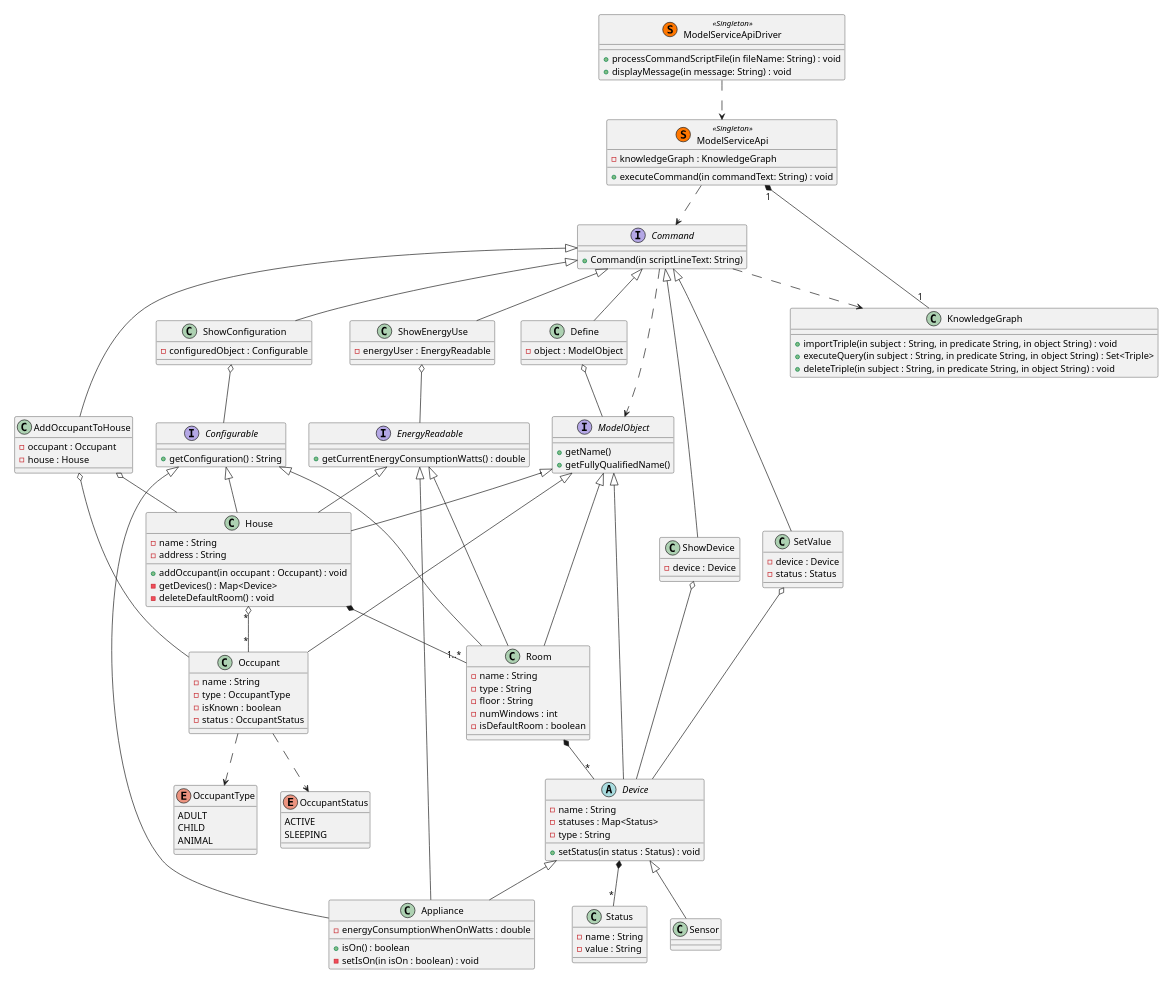
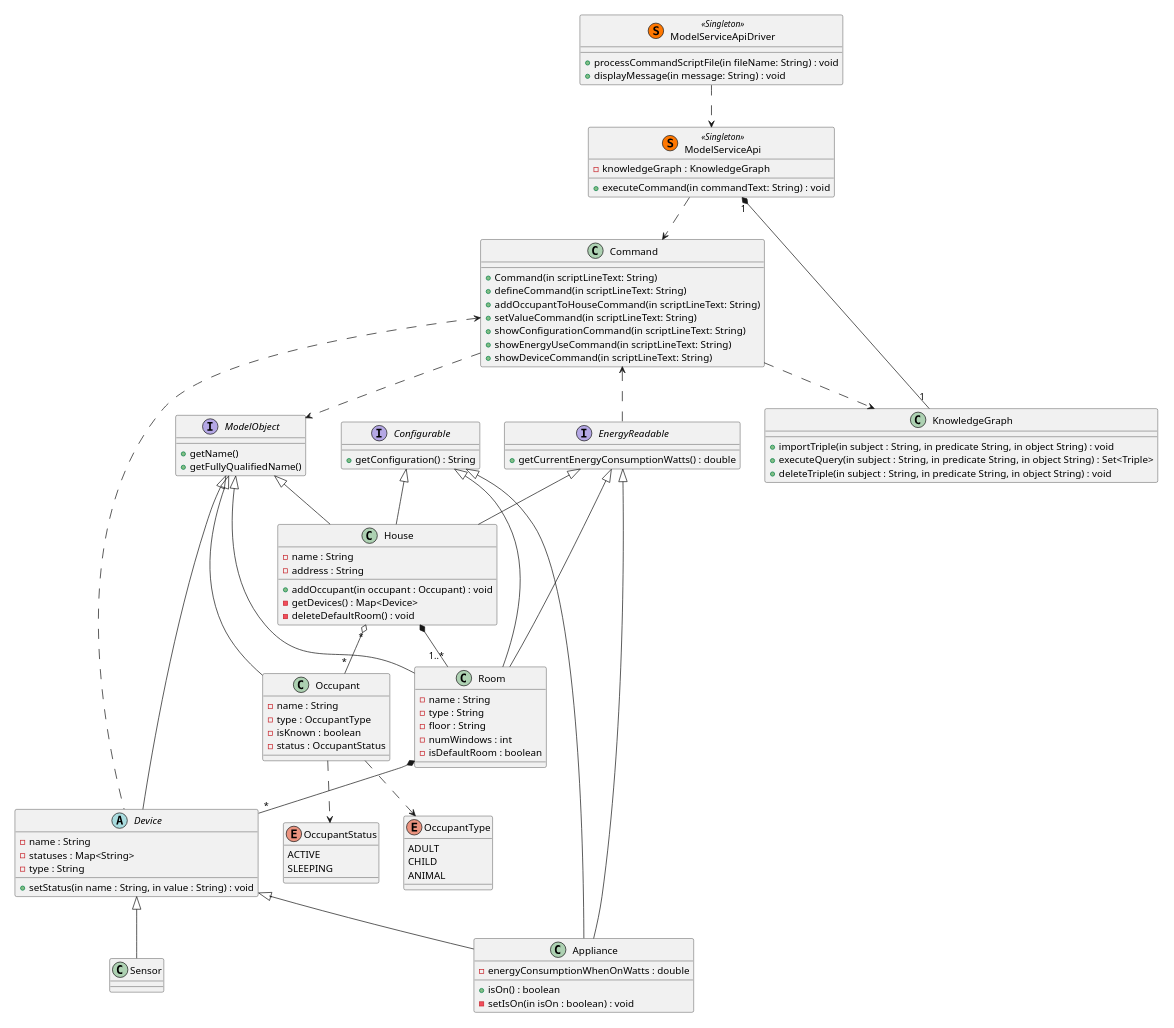
Before and after one commit to erikorlowski/cscie97: the third of 3 diagrams in cscie97/asn2/Design.md, drawn with PlantUML. The commit also changed other lines of this file and 15 other files, not shown here.

```diff
--- a/cscie97/asn2/Design.md
+++ b/cscie97/asn2/Design.md
@@ -280,34 +277,14 @@
     + executeCommand(in commandText: String) : void
 }
 
-interface Command {
+class Command {
     + Command(in scriptLineText: String)
-}
-
-class Define {
-    - object : ModelObject
-}
-
-class AddOccupantToHouse {
-    - occupant : Occupant
-    - house : House
-}
-
-class SetValue {
-    - device : Device
-    - status : Status
-}
-
-class ShowConfiguration {
-    - configuredObject : Configurable
-}
-
-class ShowEnergyUse {
-    - energyUser : EnergyReadable
-}
-
-class ShowDevice {
-    - device : Device
+    + defineCommand(in scriptLineText: String)
+    + addOccupantToHouseCommand(in scriptLineText: String)
+    + setValueCommand(in scriptLineText: String)
+    + showConfigurationCommand(in scriptLineText: String)
+    + showEnergyUseCommand(in scriptLineText: String)
+    + showDeviceCommand(in scriptLineText: String)
 }
 
 interface ModelObject {
@@ -340,9 +317,9 @@
 
 abstract Device {
     - name : String
-    - statuses : Map<Status>
+    - statuses : Map<String>
     - type : String
-    + setStatus(in status : Status) : void
+    + setStatus(in name : String, in value : String) : void
 }
 
 class Sensor {
@@ -366,11 +343,6 @@
     SLEEPING
 }
 
-class Status {
-    - name : String
-    - value : String
-}
-
 interface EnergyReadable {
     + getCurrentEnergyConsumptionWatts() : double
 }
@@ -391,20 +363,9 @@
 Command ..> KnowledgeGraph
 Occupant ..> OccupantType
 Occupant ..> OccupantStatus
-Define o-- ModelObject
-ShowDevice o-- Device
-ShowEnergyUse o-- EnergyReadable
-SetValue o-- Device
-AddOccupantToHouse o-- House
-AddOccupantToHouse o-- Occupant
-ShowConfiguration o-- Configurable
-Command <|-- Define
-Command <|-- AddOccupantToHouse
-Command <|-- SetValue
-Command <|-- ShowConfiguration
-Command <|-- ShowEnergyUse
-Command <|-- ShowDevice
 Command ..> ModelObject
+Command <.. Device
+Command <.. EnergyReadable
 ModelObject <|-- House
 ModelObject <|-- Room
 ModelObject <|-- Occupant
@@ -417,7 +378,6 @@
 Configurable <|-- House
 Configurable <|-- Room
 Configurable <|-- Appliance
-Device *-- "*" Status
 House *-- "1..*" Room
 House "*" o-- "*" Occupant
 Room *-- "*" Device
```
